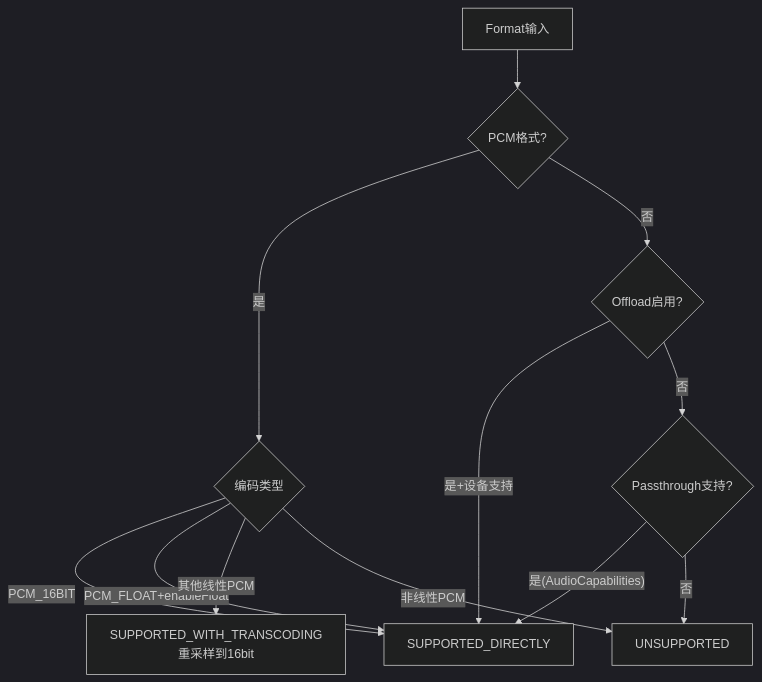
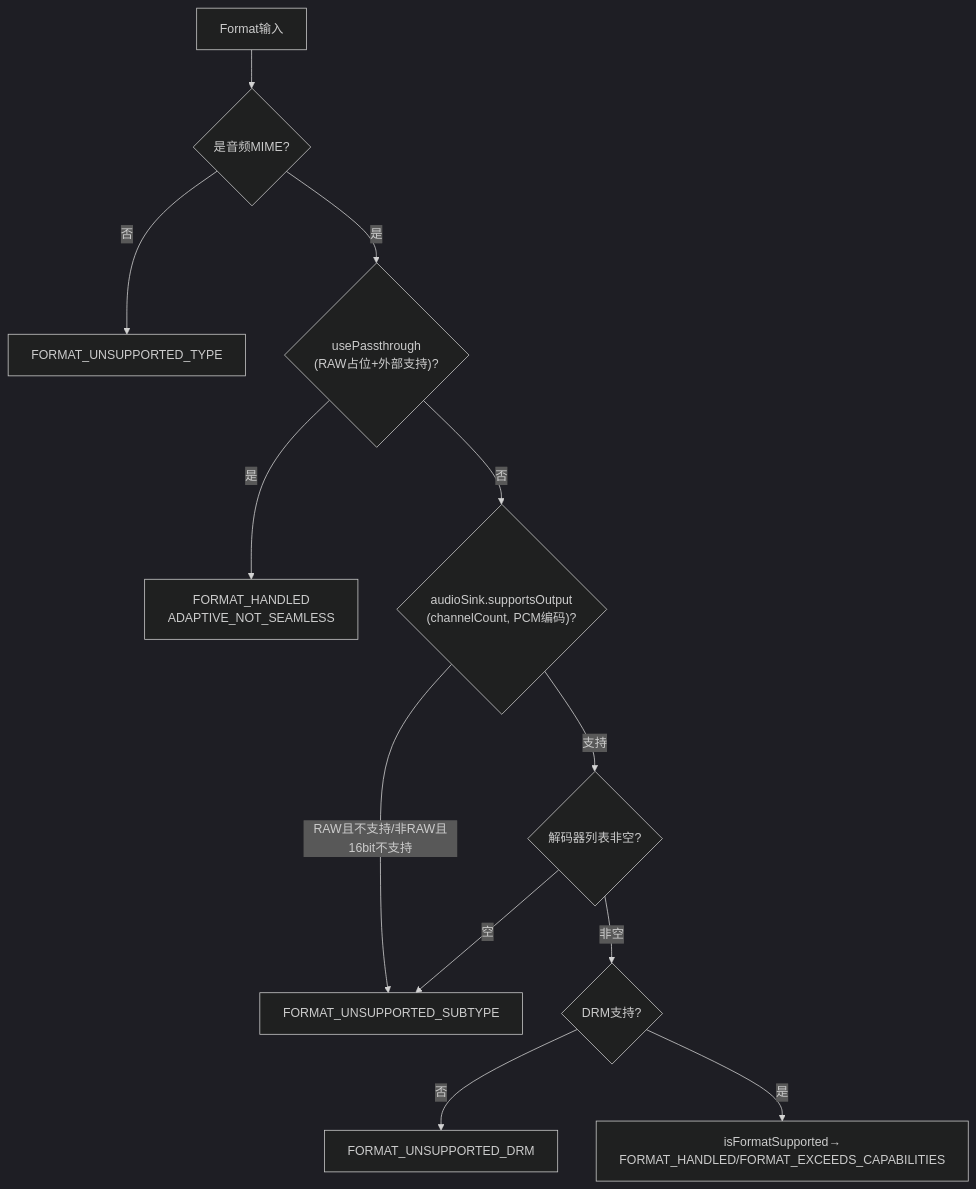
The fourth of 4 diagrams in 02_Application_Layer/02_2.10_ExoPlayer调用路径.md (yanglinzhen1022/SA8295_AAOS_QNX_Audio_KnowledgeBase), drawn with Mermaid (dark theme) before and after one commit. The commit also changed other lines of this file and 12 other files, not shown here.

````diff
--- a/02_Application_Layer/02_2.10_ExoPlayer调用路径.md
+++ b/02_Application_Layer/02_2.10_ExoPlayer调用路径.md
@@ -438,14 +437,14 @@
 ```mermaid
 graph TD
-    A["Format输入"] --> B{"PCM格式?"}
-    B -->|"是"| C{"编码类型"}
-    C -->|"PCM_16BIT"| D["SUPPORTED_DIRECTLY"]
-    C -->|"PCM_FLOAT+enableFloat"| D
-    C -->|"其他线性PCM"| E["SUPPORTED_WITH_TRANSCODING<br>重采样到16bit"]
-    C -->|"非线性PCM"| F["UNSUPPORTED"]
-    B -->|"否"| G{"Offload启用?"}
-    G -->|"是+设备支持"| D
-    G -->|"否"| H{"Passthrough支持?"}
-    H -->|"是(AudioCapabilities)"| D
-    H -->|"否"| F
+    A["Format输入"] --> B{"是音频MIME?"}
+    B -->|"否"| F["FORMAT_UNSUPPORTED_TYPE"]
+    B -->|"是"| G{"usePassthrough<br>(RAW占位+外部支持)?"}
+    G -->|"是"| D["FORMAT_HANDLED<br>ADAPTIVE_NOT_SEAMLESS"]
+    G -->|"否"| H{"audioSink.supportsOutput<br>(channelCount, PCM编码)?"}
+    H -->|"RAW且不支持/非RAW且16bit不支持"| F2["FORMAT_UNSUPPORTED_SUBTYPE"]
+    H -->|"支持"| I{"解码器列表非空?"}
+    I -->|"空"| F2
+    I -->|"非空"| J{"DRM支持?"}
+    J -->|"否"| F3["FORMAT_UNSUPPORTED_DRM"]
+    J -->|"是"| K["isFormatSupported→<br>FORMAT_HANDLED/FORMAT_EXCEEDS_CAPABILITIES"]
 ```
````
